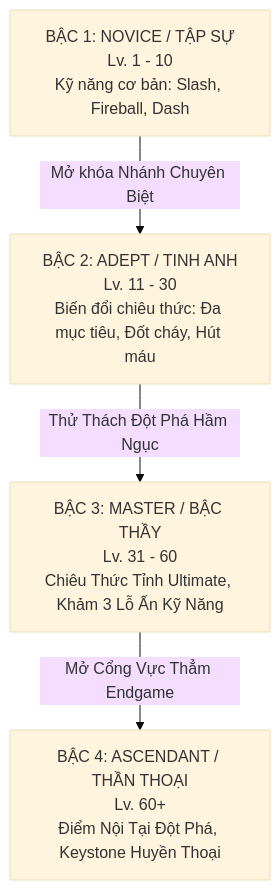
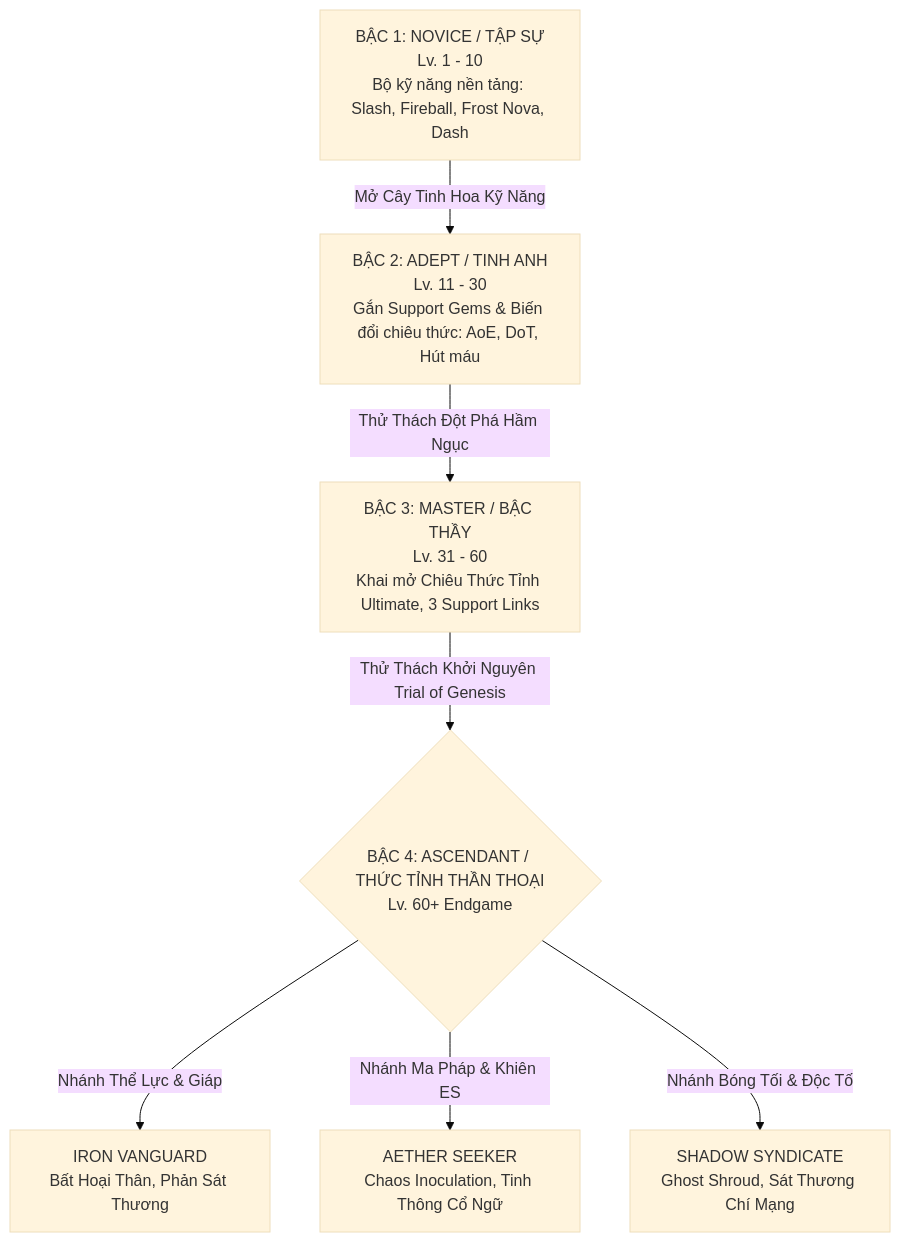
The diagram in docs/design/arpg_mechanics_synthesis.md (kzxl/my-dream-game), drawn with Mermaid (base theme) before and after one commit. The commit also changed other lines of this file and 11 other files, not shown here.

Commit message:
fix(combat-hit-flow): resolve monster and game freeze on skill hit by adding dynamic impact knockback, balancing freeze/chill duration, removing blocking network saves during hit loops, and safeguarding exp loops

````diff
--- a/docs/design/arpg_mechanics_synthesis.md
+++ b/docs/design/arpg_mechanics_synthesis.md
@@ -9,6 +9,10 @@
 ```mermaid
 graph TD
-    A[BẬC 1: NOVICE / TẬP SỰ<br>Lv. 1 - 10<br>Kỹ năng cơ bản: Slash, Fireball, Dash] -->|Mở khóa Nhánh Chuyên Biệt| B[BẬC 2: ADEPT / TINH ANH<br>Lv. 11 - 30<br>Biến đổi chiêu thức: Đa mục tiêu, Đốt cháy, Hút máu]
-    B -->|Thử Thách Đột Phá Hầm Ngục| C[BẬC 3: MASTER / BẬC THẦY<br>Lv. 31 - 60<br>Chiêu Thức Tỉnh Ultimate, Khảm 3 Lỗ Ấn Kỹ Năng]
-    C -->|Mở Cổng Vực Thẳm Endgame| D[BẬC 4: ASCENDANT / THẦN THOẠI<br>Lv. 60+<br>Điểm Nội Tại Đột Phá, Keystone Huyền Thoại]
+    A[BẬC 1: NOVICE / TẬP SỰ<br>Lv. 1 - 10<br>Bộ kỹ năng nền tảng: Slash, Fireball, Frost Nova, Dash] -->|Mở Cây Tinh Hoa Kỹ Năng| B[BẬC 2: ADEPT / TINH ANH<br>Lv. 11 - 30<br>Gắn Support Gems & Biến đổi chiêu thức: AoE, DoT, Hút máu]
+    B -->|Thử Thách Đột Phá Hầm Ngục| C[BẬC 3: MASTER / BẬC THẦY<br>Lv. 31 - 60<br>Khai mở Chiêu Thức Tỉnh Ultimate, 3 Support Links]
+    C -->|Thử Thách Khởi Nguyên Trial of Genesis| D{BẬC 4: ASCENDANT / THỨC TỈNH THẦN THOẠI<br>Lv. 60+ Endgame}
+    
+    D -->|Nhánh Thể Lực & Giáp| V[IRON VANGUARD<br>Bất Hoại Thân, Phản Sát Thương]
+    D -->|Nhánh Ma Pháp & Khiên ES| S[AETHER SEEKER<br>Chaos Inoculation, Tinh Thông Cổ Ngữ]
+    D -->|Nhánh Bóng Tối & Độc Tố| R[SHADOW SYNDICATE<br>Ghost Shroud, Sát Thương Chí Mạng]
 ```
````
